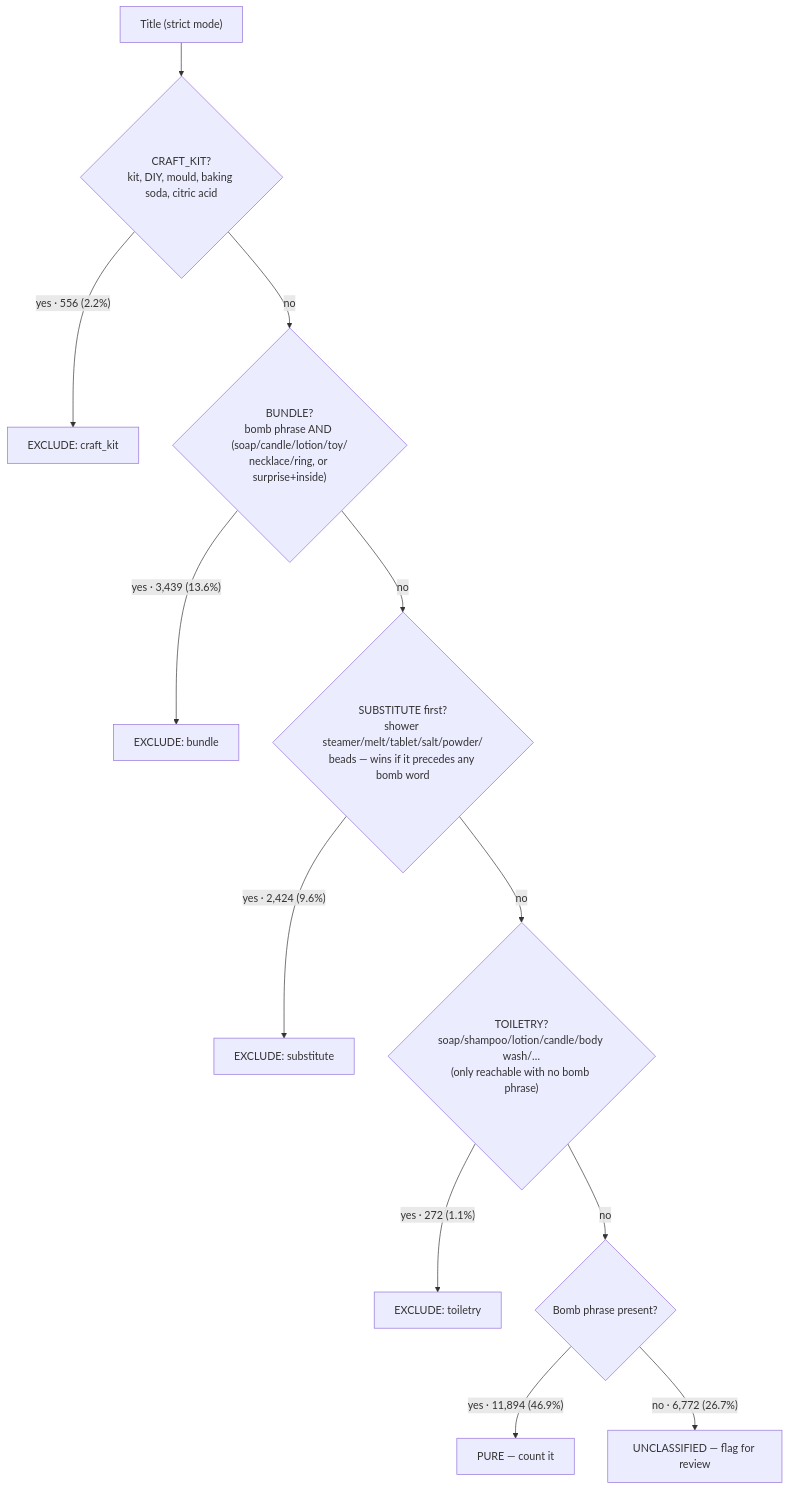
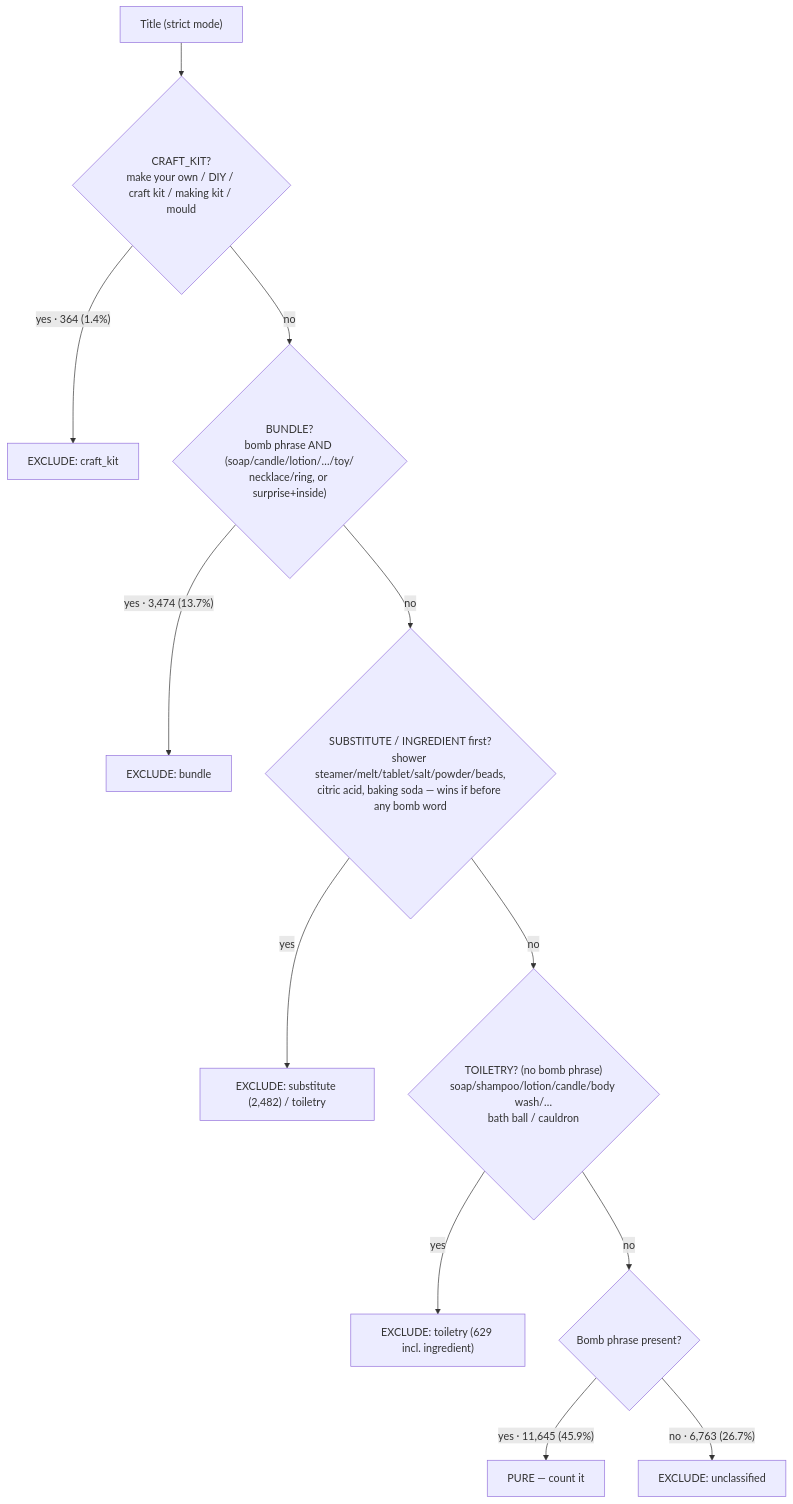
The first of 2 diagrams in README.md (skycosmos/bath-bombs), drawn with Mermaid before and after one commit. The commit also changed other lines of this file and 9 other files, not shown here.

````diff
--- a/README.md
+++ b/README.md
@@ -47,14 +47,14 @@
 ```mermaid
 flowchart TD
-  T["Title (strict mode)"] --> K{"CRAFT_KIT?<br/>kit, DIY, mould, baking soda, citric acid"}
-  K -->|"yes · 556 (2.2%)"| EK["EXCLUDE: craft_kit"]
-  K -->|no| B{"BUNDLE?<br/>bomb phrase AND (soap/candle/lotion/toy/<br/>necklace/ring, or surprise+inside)"}
-  B -->|"yes · 3,439 (13.6%)"| EB["EXCLUDE: bundle"]
-  B -->|no| SUB{"SUBSTITUTE first?<br/>shower steamer/melt/tablet/salt/powder/<br/>beads — wins if it precedes any bomb word"}
-  SUB -->|"yes · 2,424 (9.6%)"| ESU["EXCLUDE: substitute"]
-  SUB -->|no| TL{"TOILETRY?<br/>soap/shampoo/lotion/candle/body wash/…<br/>(only reachable with no bomb phrase)"}
-  TL -->|"yes · 272 (1.1%)"| ETL["EXCLUDE: toiletry"]
+  T["Title (strict mode)"] --> K{"CRAFT_KIT?<br/>make your own / DIY / craft kit / making kit / mould"}
+  K -->|"yes · 364 (1.4%)"| EK["EXCLUDE: craft_kit"]
+  K -->|no| B{"BUNDLE?<br/>bomb phrase AND (soap/candle/lotion/…/toy/<br/>necklace/ring, or surprise+inside)"}
+  B -->|"yes · 3,474 (13.7%)"| EB["EXCLUDE: bundle"]
+  B -->|no| SUB{"SUBSTITUTE / INGREDIENT first?<br/>shower steamer/melt/tablet/salt/powder/beads,<br/>citric acid, baking soda — wins if before any bomb word"}
+  SUB -->|"yes"| ESU["EXCLUDE: substitute (2,482) / toiletry"]
+  SUB -->|no| TL{"TOILETRY? (no bomb phrase)<br/>soap/shampoo/lotion/candle/body wash/…<br/>bath ball / cauldron"}
+  TL -->|"yes"| ETL["EXCLUDE: toiletry (629 incl. ingredient)"]
   TL -->|no| P{"Bomb phrase present?"}
-  P -->|"yes · 11,894 (46.9%)"| PURE["PURE — count it"]
-  P -->|"no · 6,772 (26.7%)"| U["UNCLASSIFIED — flag for review"]
+  P -->|"yes · 11,645 (45.9%)"| PURE["PURE — count it"]
+  P -->|"no · 6,763 (26.7%)"| U["EXCLUDE: unclassified"]
 ```
````
